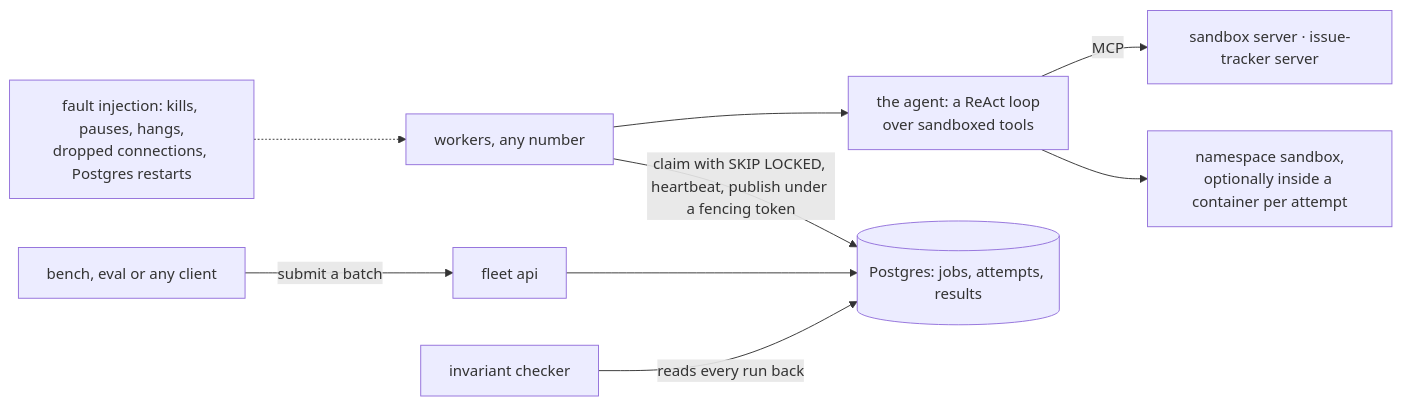
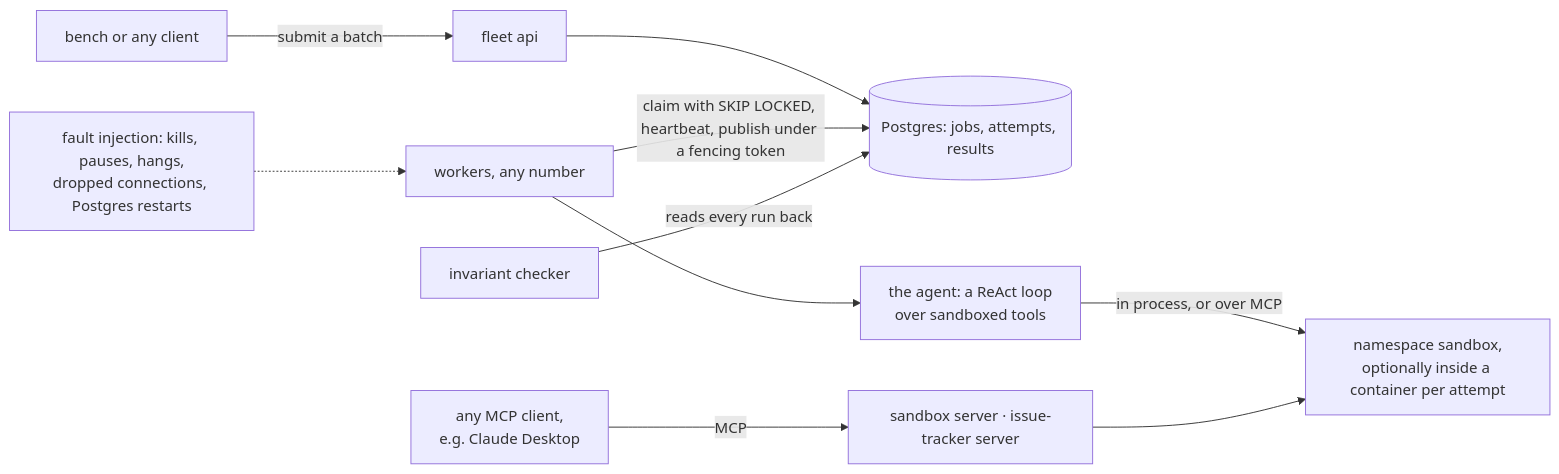
One commit to aayushhks/agentic-coding-sandbox changed the diagram in README.md. Above: the diagram before and after it, drawn with Mermaid. The commit also changed other lines of this file, not shown here.

````diff
--- a/README.md
+++ b/README.md
@@ -22,11 +22,12 @@
 ```mermaid
 flowchart LR
-  Client["bench, eval or any client"] -- "submit a batch" --> API["fleet api"]
+  Client["bench or any client"] -- "submit a batch" --> API["fleet api"]
   API --> PG[("Postgres: jobs, attempts, results")]
   Workers["workers, any number"] -- "claim with SKIP LOCKED, heartbeat, publish under a fencing token" --> PG
   Workers --> Agent["the agent: a ReAct loop<br/>over sandboxed tools"]
-  Agent --> Sandbox["namespace sandbox,<br/>optionally inside a container per attempt"]
-  Agent -- "MCP" --> Tools["sandbox server · issue-tracker server"]
+  Agent -- "in process, or over MCP" --> Sandbox["namespace sandbox,<br/>optionally inside a container per attempt"]
+  MCPClient["any MCP client,<br/>e.g. Claude Desktop"] -- "MCP" --> Servers["sandbox server · issue-tracker server"]
+  Servers --> Sandbox
   Checker["invariant checker"] -- "reads every run back" --> PG
   Faults["fault injection: kills, pauses, hangs,<br/>dropped connections, Postgres restarts"] -.-> Workers
 ```
````
